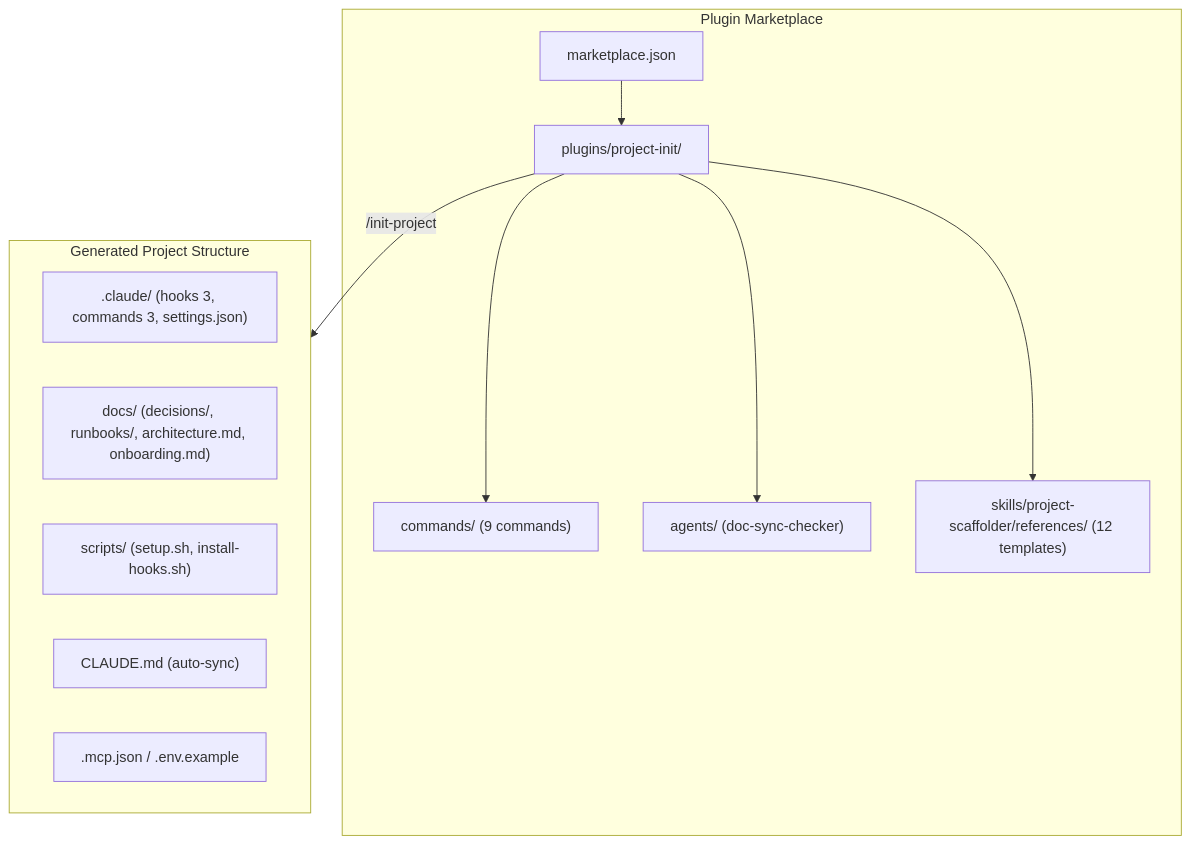
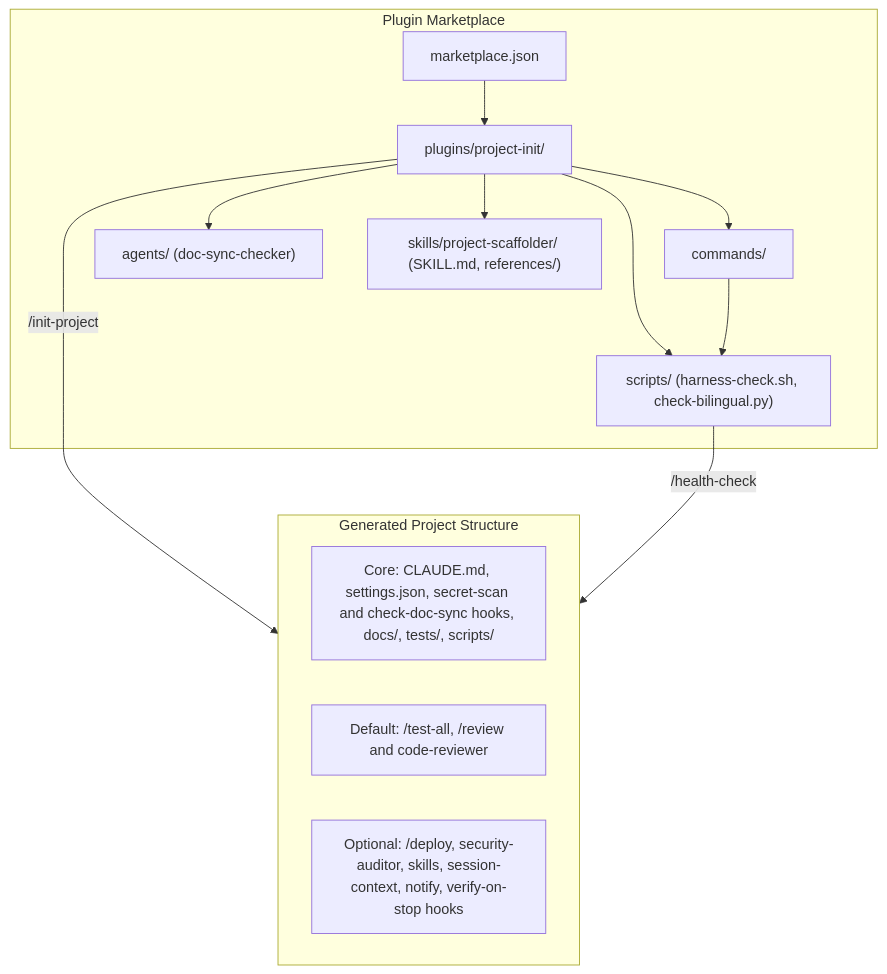
Before and after one commit to whchoi98/project-init: the first of 4 diagrams in docs/architecture.md, drawn with Mermaid. The commit also changed other lines of this file and 101 other files, not shown here.

First line of the commit message:
feat!: align harness with Opus 5.5 and the Claude 5.5 family (ADR-009)

````diff
--- a/docs/architecture.md
+++ b/docs/architecture.md
@@ -41,17 +48,18 @@
 ```mermaid
 flowchart TB
   subgraph marketplace[Plugin Marketplace]
     MJ[marketplace.json] --> PLUGIN[plugins/project-init/]
-    PLUGIN --> CMDS["commands/ (9 commands)"]
+    PLUGIN --> CMDS["commands/"]
     PLUGIN --> AGENTS["agents/ (doc-sync-checker)"]
-    PLUGIN --> SKILLS["skills/project-scaffolder/references/ (12 templates)"]
+    PLUGIN --> SKILLS["skills/project-scaffolder/ (SKILL.md, references/)"]
+    PLUGIN --> CHECKS["scripts/ (harness-check.sh, check-bilingual.py)"]
   end
   subgraph generated[Generated Project Structure]
-    CLAUDEDIR[".claude/ (hooks 3, commands 3, settings.json)"]
-    DOCS["docs/ (decisions/, runbooks/, architecture.md, onboarding.md)"]
-    SCRIPTS["scripts/ (setup.sh, install-hooks.sh)"]
-    ROOTMD["CLAUDE.md (auto-sync)"]
-    CONFIG[".mcp.json / .env.example"]
+    CORE["Core: CLAUDE.md, settings.json, secret-scan and check-doc-sync hooks, docs/, tests/, scripts/"]
+    DEFAULT["Default: /test-all, /review and code-reviewer"]
+    OPTIONAL["Optional: /deploy, security-auditor, skills, session-context, notify, verify-on-stop hooks"]
   end
   PLUGIN -- /init-project --> generated
+  CMDS --> CHECKS
+  CHECKS -- /health-check --> generated
 ```
````
